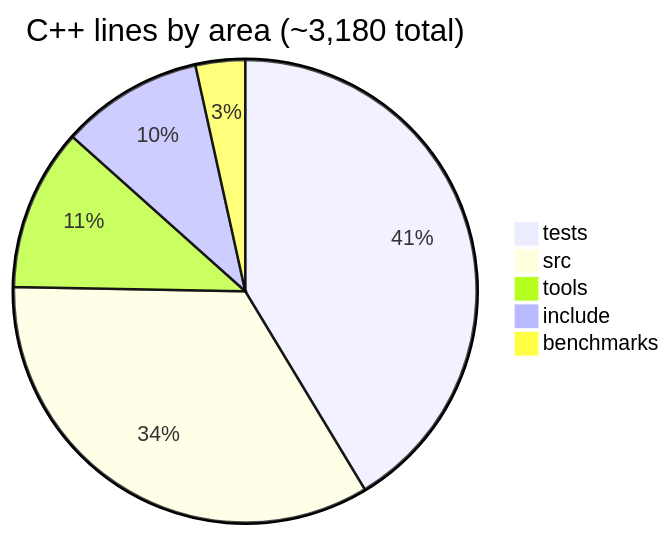
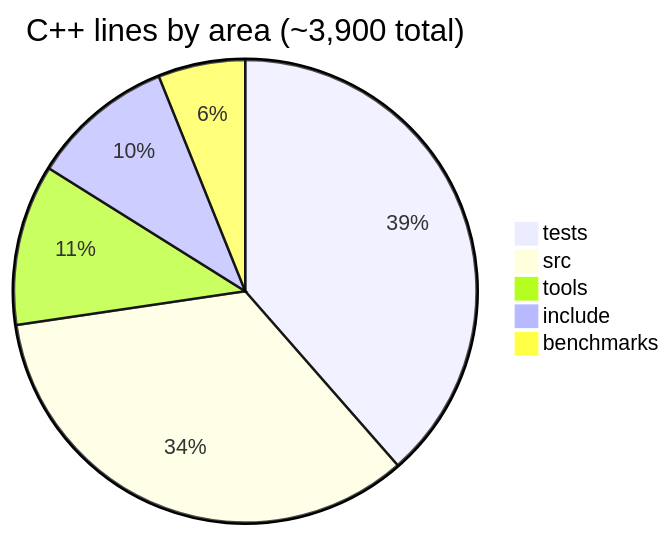
One commit to Kumario1/vectorDB changed the second of 6 diagrams in README.md. Above: the diagram before and after it, drawn with Mermaid. The commit also changed other lines of this file and 2 other files, not shown here.

````diff
--- a/README.md
+++ b/README.md
@@ -36,8 +40,8 @@
 ```mermaid
-pie title C++ lines by area (~3,180 total)
-  "tests" : 1316
-  "src" : 1080
-  "tools" : 360
-  "include" : 316
-  "benchmarks" : 110
+pie title C++ lines by area (~3,900 total)
+  "tests" : 1502
+  "src" : 1329
+  "tools" : 438
+  "include" : 390
+  "benchmarks" : 237
 ```
````
